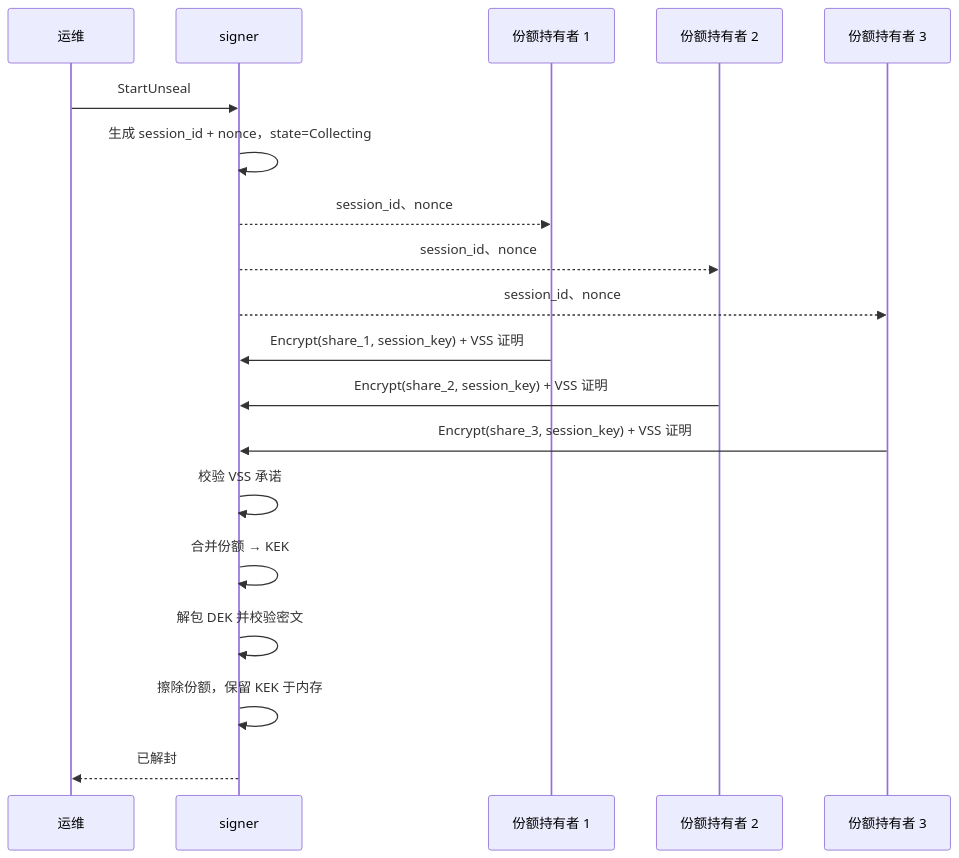
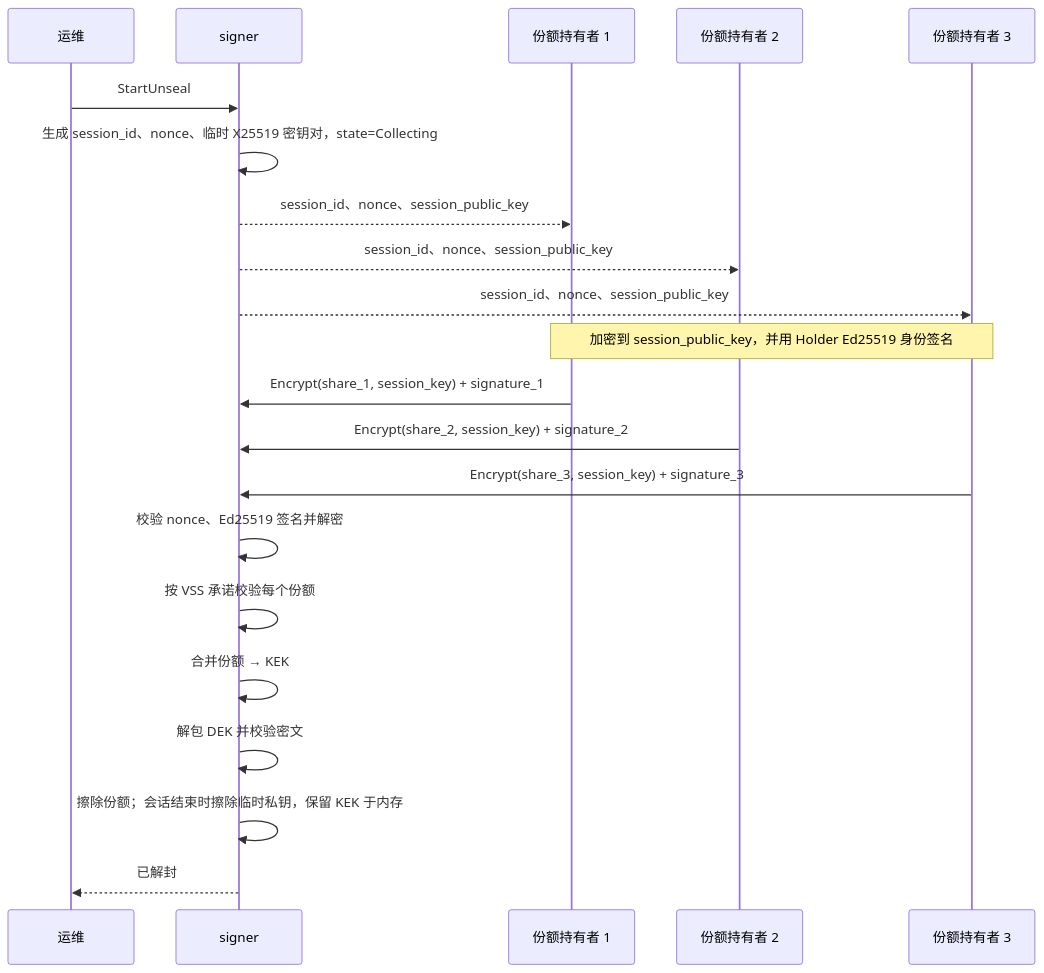
The diagram in docs/unseal-protocol.md (solitarybluga/signer), drawn with Mermaid before and after one commit. The commit also changed other lines of this file and 21 other files, not shown here.

First line of the commit message:
feat(unseal): authenticate and encrypt holder submissions

````diff
--- a/docs/unseal-protocol.md
+++ b/docs/unseal-protocol.md
@@ -33,22 +33,24 @@
 ```mermaid
 sequenceDiagram
     participant O as 运维
     participant S as signer
     participant H1 as 份额持有者 1
     participant H2 as 份额持有者 2
     participant H3 as 份额持有者 3
 
     O->>S: StartUnseal
-    S->>S: 生成 session_id + nonce，state=Collecting
-    S-->>H1: session_id、nonce
-    S-->>H2: session_id、nonce
-    S-->>H3: session_id、nonce
-    H1->>S: Encrypt(share_1, session_key) + VSS 证明
-    H2->>S: Encrypt(share_2, session_key) + VSS 证明
-    H3->>S: Encrypt(share_3, session_key) + VSS 证明
-    S->>S: 校验 VSS 承诺
+    S->>S: 生成 session_id、nonce、临时 X25519 密钥对，state=Collecting
+    S-->>H1: session_id、nonce、session_public_key
+    S-->>H2: session_id、nonce、session_public_key
+    S-->>H3: session_id、nonce、session_public_key
+    Note over H1,H3: 加密到 session_public_key，并用 Holder Ed25519 身份签名
+    H1->>S: Encrypt(share_1, session_key) + signature_1
+    H2->>S: Encrypt(share_2, session_key) + signature_2
+    H3->>S: Encrypt(share_3, session_key) + signature_3
+    S->>S: 校验 nonce、Ed25519 签名并解密
+    S->>S: 按 VSS 承诺校验每个份额
     S->>S: 合并份额 → KEK
     S->>S: 解包 DEK 并校验密文
-    S->>S: 擦除份额，保留 KEK 于内存
+    S->>S: 擦除份额；会话结束时擦除临时私钥，保留 KEK 于内存
     S-->>O: 已解封
 ```
````
